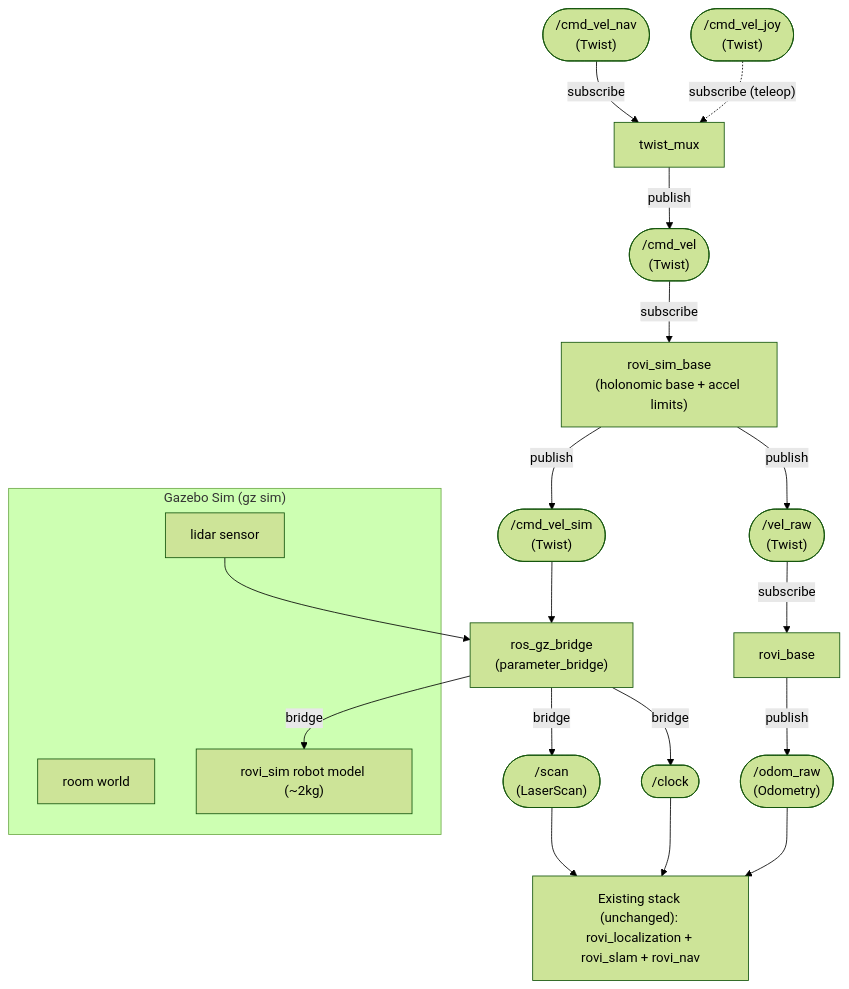
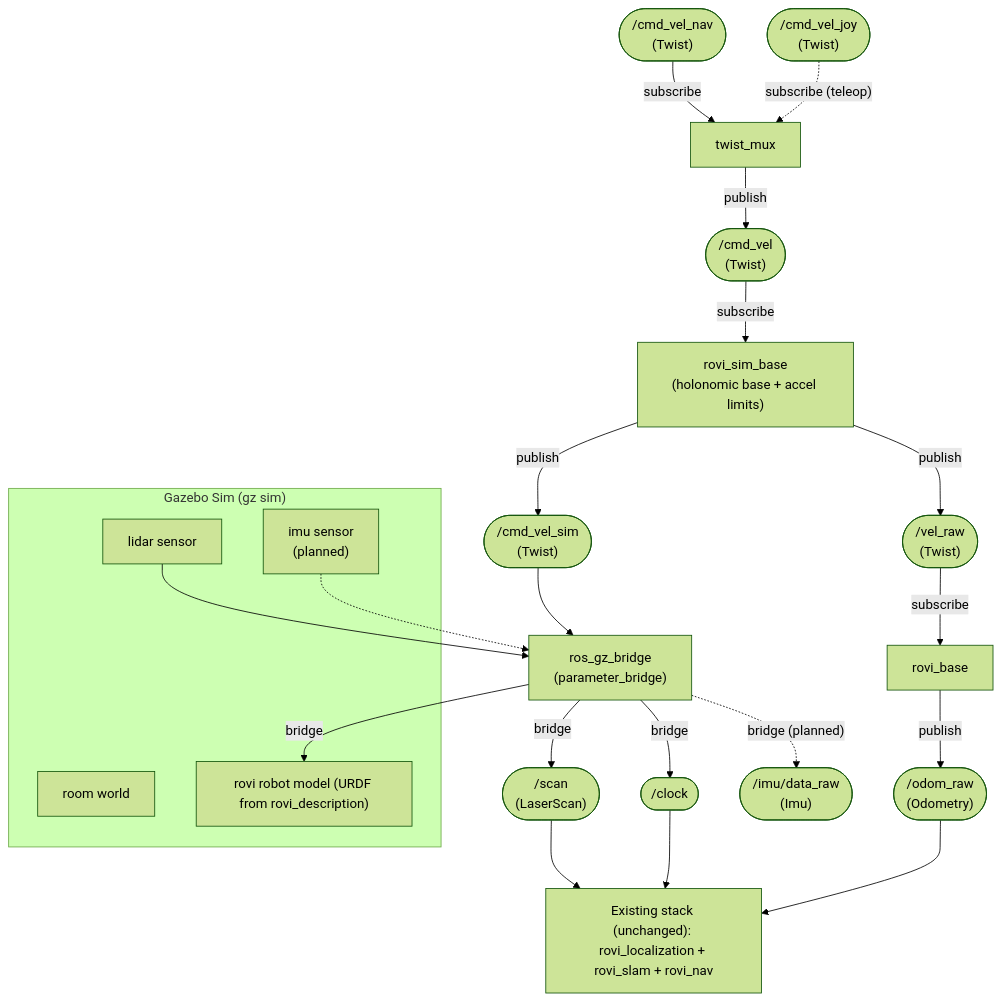
One commit to Roblibs/rovi_ros_ws changed the eighth of 12 diagrams in README.md. Above: the diagram before and after it, drawn with Mermaid (forest theme). The commit also changed other lines of this file, not shown here.

Commit message:
planing sim robot unification

````diff
--- a/README.md
+++ b/README.md
@@ -376,43 +435,49 @@
 ```mermaid
 flowchart TD
   CMD_NAV(["/cmd_vel_nav<br/>(Twist)"])
   CMD_JOY(["/cmd_vel_joy<br/>(Twist)"])
   CMD(["/cmd_vel<br/>(Twist)"])
 
   TwistMux["twist_mux"]
   CMD_NAV -->|subscribe| TwistMux
   CMD_JOY -.->|"subscribe (teleop)"| TwistMux
   TwistMux -->|publish| CMD
 
   RoviSimBase["rovi_sim_base<br/>(holonomic base + accel limits)"]
   CMD -->|subscribe| RoviSimBase
   CMD_SIM(["/cmd_vel_sim<br/>(Twist)"])
   VRAW(["/vel_raw<br/>(Twist)"])
   RoviSimBase -->|publish| CMD_SIM
   RoviSimBase -->|publish| VRAW
 
   RoviBase["rovi_base"]
   VRAW -->|subscribe| RoviBase
   ODRAW(["/odom_raw<br/>(Odometry)"])
   RoviBase -->|publish| ODRAW
 
   subgraph GZ["Gazebo Sim (gz sim)"]
     WORLD["room world"]
-    ROBOT["rovi_sim robot model (~2kg)"]
+    ROBOT["rovi robot model (URDF from rovi_description)"]
     LIDAR["lidar sensor"]
+    IMU_GZ["imu sensor<br/>(planned)"]
   end
 
-  CMD_SIM --> BRIDGE["ros_gz_bridge<br/>(parameter_bridge)"]
+  BRIDGE["ros_gz_bridge<br/>(parameter_bridge)"]
+
+  CMD_SIM --> BRIDGE
   BRIDGE -->|bridge| ROBOT
-  LIDAR --> BRIDGE["ros_gz_bridge<br/>(parameter_bridge)"]
+  LIDAR --> BRIDGE
+  IMU_GZ -.-> BRIDGE
 
   SCAN(["/scan<br/>(LaserScan)"])
   CLOCK(["/clock"])
+  IMU_RAW(["/imu/data_raw<br/>(Imu)"])
   BRIDGE -->|bridge| SCAN
   BRIDGE -->|bridge| CLOCK
+  BRIDGE -.->|"bridge (planned)"| IMU_RAW
 
   EXISTING["Existing stack (unchanged): rovi_localization + rovi_slam + rovi_nav"]
   ODRAW --> EXISTING
   SCAN --> EXISTING
   CLOCK --> EXISTING
 ```
````
